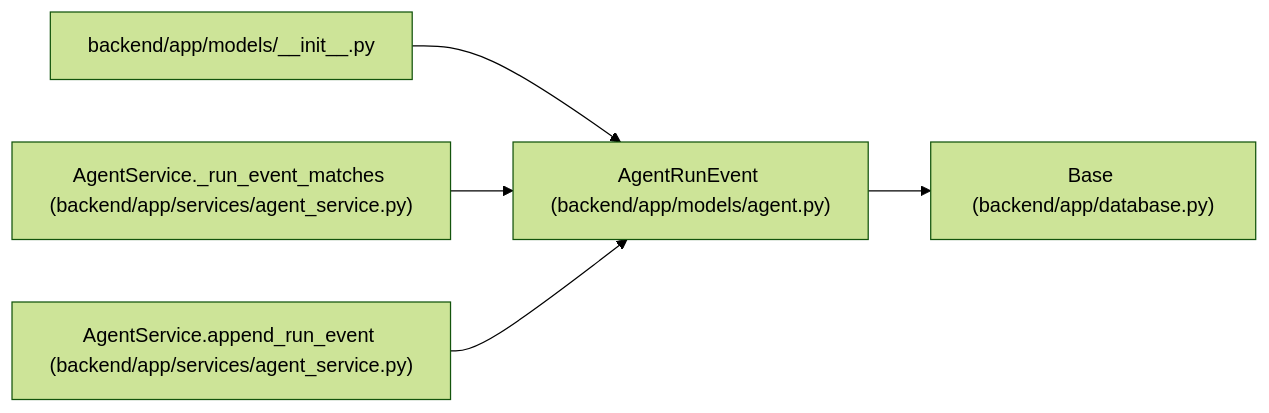
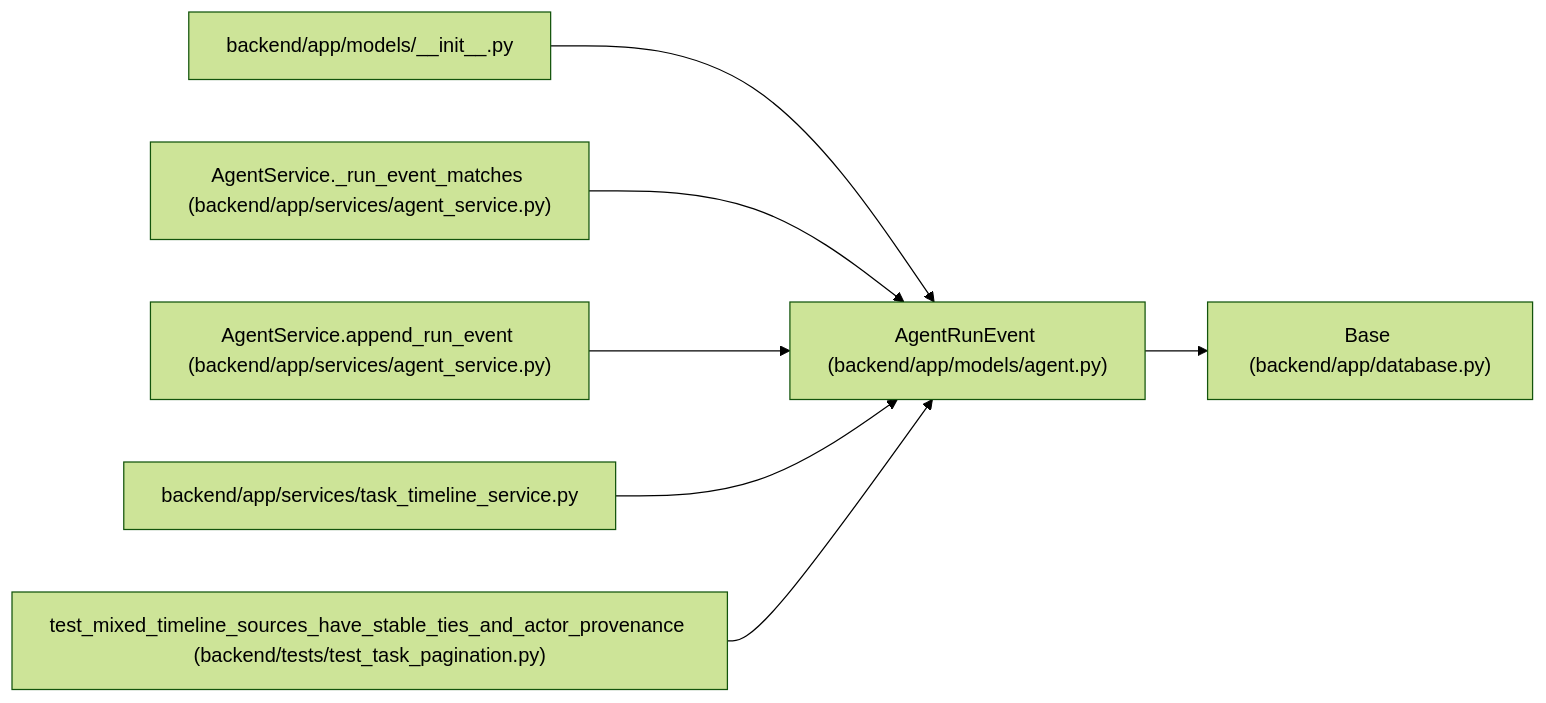
Before and after one commit to Denissvgn/WorkChord: the diagram in docs/llm_wiki/entities/models_agent_AgentRunEvent.md, drawn with Mermaid (forest theme). The commit also changed other lines of this file and 2509 other files, not shown here.

````diff
--- a/docs/llm_wiki/entities/models_agent_AgentRunEvent.md
+++ b/docs/llm_wiki/entities/models_agent_AgentRunEvent.md
@@ -35,17 +35,23 @@
 ```mermaid
 flowchart LR
     n0["AgentRunEvent (backend/app/models/agent.py)"]
     n1["Base (backend/app/database.py)"]
     n2["backend/app/models/__init__.py"]
     n3["AgentService._run_event_matches (backend/app/services/agent_service.py)"]
     n4["AgentService.append_run_event (backend/app/services/agent_service.py)"]
+    n5["backend/app/services/task_timeline_service.py"]
+    n6["test_mixed_timeline_sources_have_stable_ties_and_actor_provenance (backend/tests/test_task_pagination.py)"]
     n0 --> n1
     n2 --> n0
     n3 --> n0
     n4 --> n0
+    n5 --> n0
+    n6 --> n0
     click n0 "../modules/models_agent.md"
     click n1 "../modules/app_database.md"
     click n2 "../modules/models___init__.md"
     click n3 "../modules/agent_service.md"
     click n4 "../modules/agent_service.md"
+    click n5 "../modules/task_timeline_service.md"
+    click n6 "../modules/test_task_pagination.md"
 ```
````
